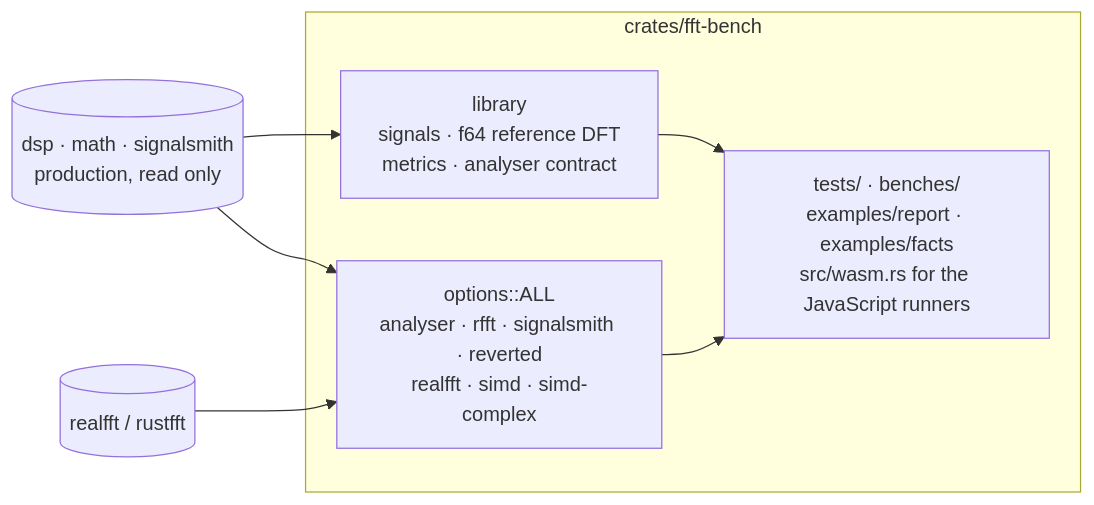
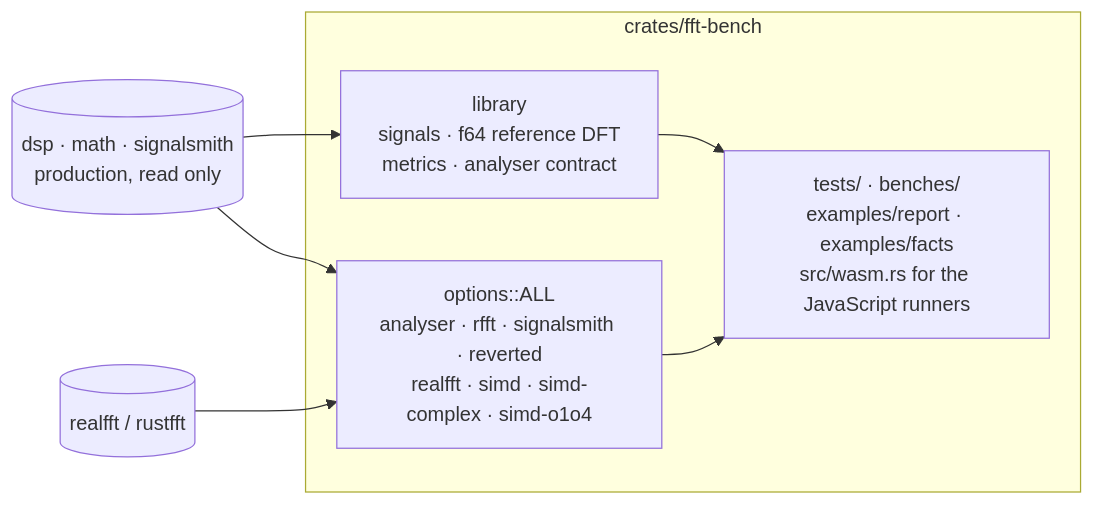
Before and after one commit to BLyndon/openDAW: the first of 2 diagrams in crates/fft-bench/docs/architecture.md, drawn with Mermaid. The commit also changed other lines of this file and 7 other files, not shown here.

````diff
--- a/crates/fft-bench/docs/architecture.md
+++ b/crates/fft-bench/docs/architecture.md
@@ -20,15 +20,15 @@
 ```mermaid
 flowchart LR
     production[(dsp · math · signalsmith<br/>production, read only)]
     library_crate[(realfft / rustfft)]
     subgraph harness[crates/fft-bench]
         library[library<br/>signals · f64 reference DFT<br/>metrics · analyser contract]
-        options[options::ALL<br/>analyser · rfft · signalsmith · reverted<br/>realfft · simd · simd-complex]
+        options[options::ALL<br/>analyser · rfft · signalsmith · reverted<br/>realfft · simd · simd-complex · simd-o1o4]
         consumers[tests/ · benches/<br/>examples/report · examples/facts<br/>src/wasm.rs for the JavaScript runners]
     end
     production --> library
     production --> options
     library_crate --> options
     library --> consumers
     options --> consumers
 ```
````
